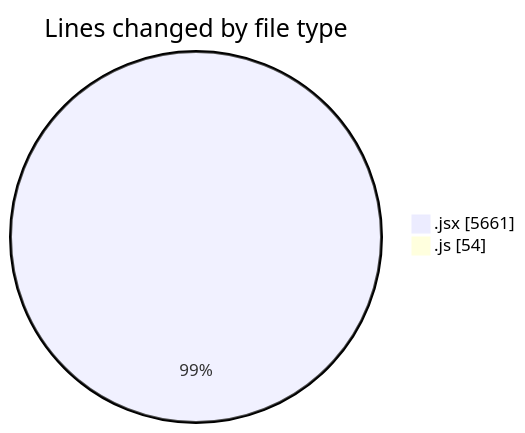
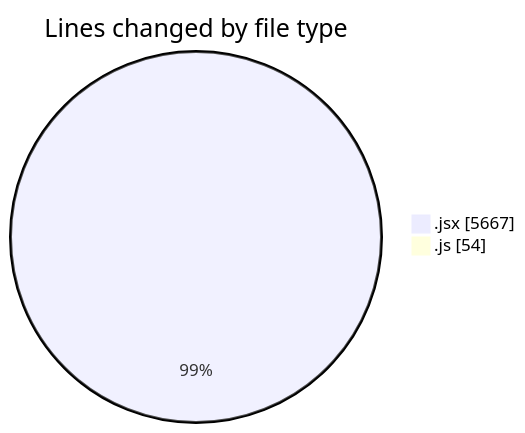
Before and after one commit to nxtqubesakshisongat/code-tracking: the first of 2 diagrams in 2025-06-25/nxtqube_webapp/README.md, drawn with Mermaid. The commit also changed other lines of this file and 1 other file, not shown here.

````diff
--- a/2025-06-25/nxtqube_webapp/README.md
+++ b/2025-06-25/nxtqube_webapp/README.md
@@ -24,6 +24,6 @@
 ```mermaid
 pie showData
 title Lines changed by file type
-".jsx" : 5661
+".jsx" : 5667
 ".js" : 54
 ```
````
